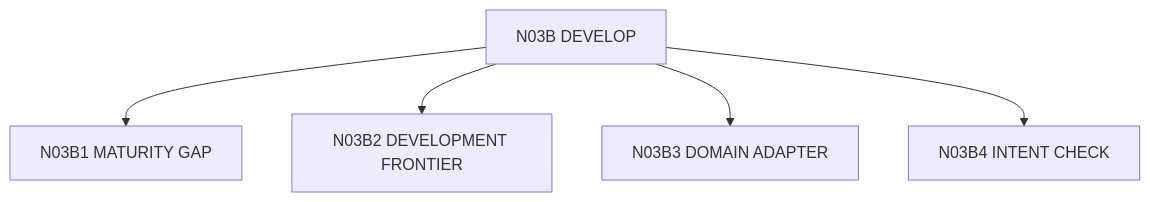
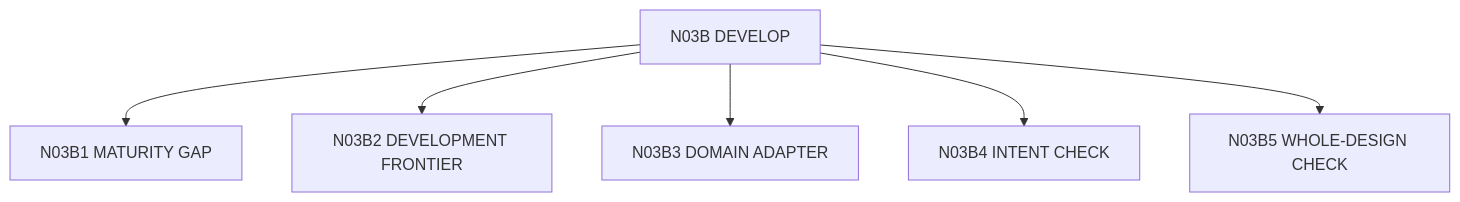
Before and after one commit to Jiaosong/Design: the third of 3 diagrams in product-docs/v0.3/nodes/N03B_DEVELOP.md, drawn with Mermaid. The commit also changed other lines of this file and 71 other files, not shown here.

````diff
--- a/product-docs/v0.3/nodes/N03B_DEVELOP.md
+++ b/product-docs/v0.3/nodes/N03B_DEVELOP.md
@@ -65,8 +70,9 @@
 ```mermaid
 flowchart TB
     P[N03B DEVELOP]
     P --> N03B1[N03B1 MATURITY GAP]
     P --> N03B2[N03B2 DEVELOPMENT FRONTIER]
     P --> N03B3[N03B3 DOMAIN ADAPTER]
     P --> N03B4[N03B4 INTENT CHECK]
+    P --> N03B5[N03B5 WHOLE-DESIGN CHECK]
 ```
````
